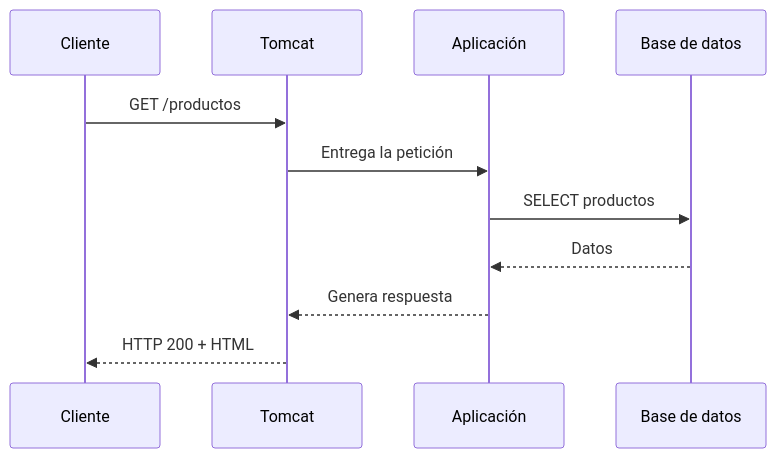
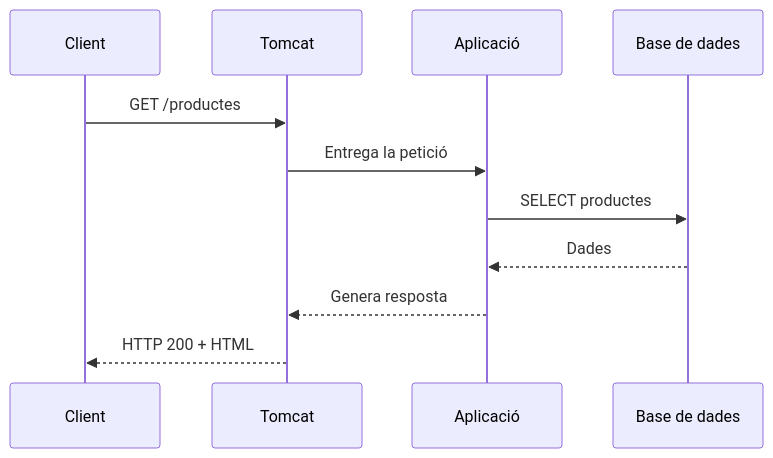
The second of 5 diagrams in docs/daw-daw/up3/01-servidor-aplicaciones.md (jordicido/jordicina), drawn with Mermaid before and after one commit. The commit also changed other lines of this file and 10 other files, not shown here.

````diff
--- a/docs/daw-daw/up3/01-servidor-aplicaciones.md
+++ b/docs/daw-daw/up3/01-servidor-aplicaciones.md
@@ -140,14 +140,14 @@
 ```mermaid
 sequenceDiagram
-    participant C as Cliente
+    participant C as Client
     participant T as Tomcat
-    participant A as Aplicación
-    participant B as Base de datos
+    participant A as Aplicació
+    participant B as Base de dades
 
-    C->>T: GET /productos
-    T->>A: Entrega la petición
-    A->>B: SELECT productos
-    B-->>A: Datos
-    A-->>T: Genera respuesta
+    C->>T: GET /productes
+    T->>A: Entrega la petició
+    A->>B: SELECT productes
+    B-->>A: Dades
+    A-->>T: Genera resposta
     T-->>C: HTTP 200 + HTML
 ```
````
